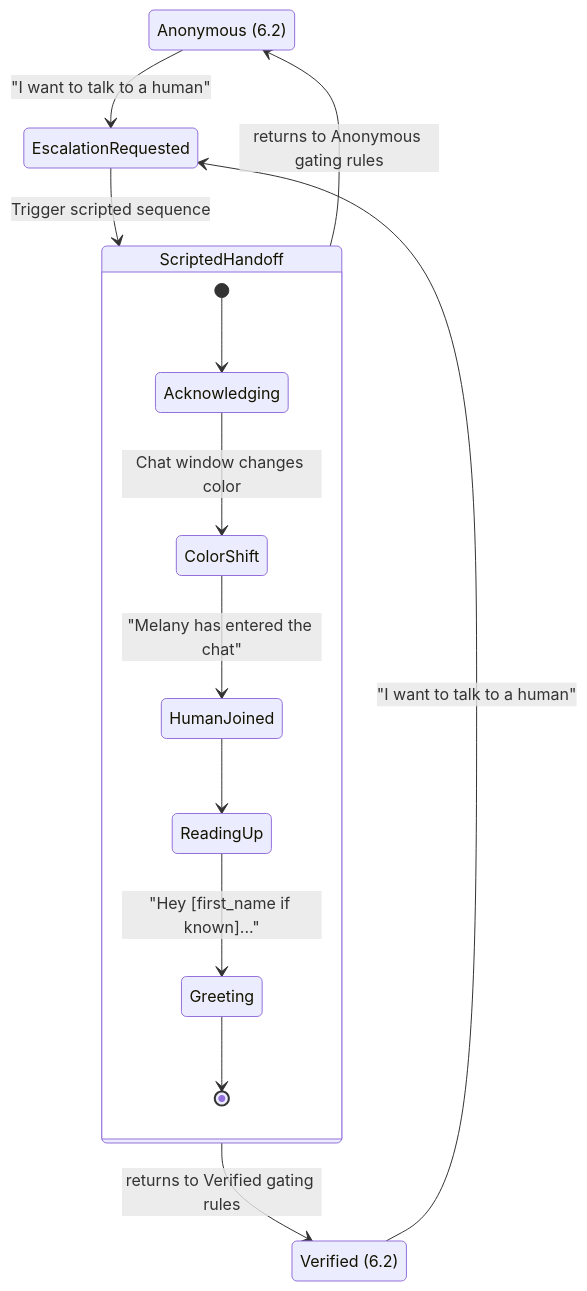
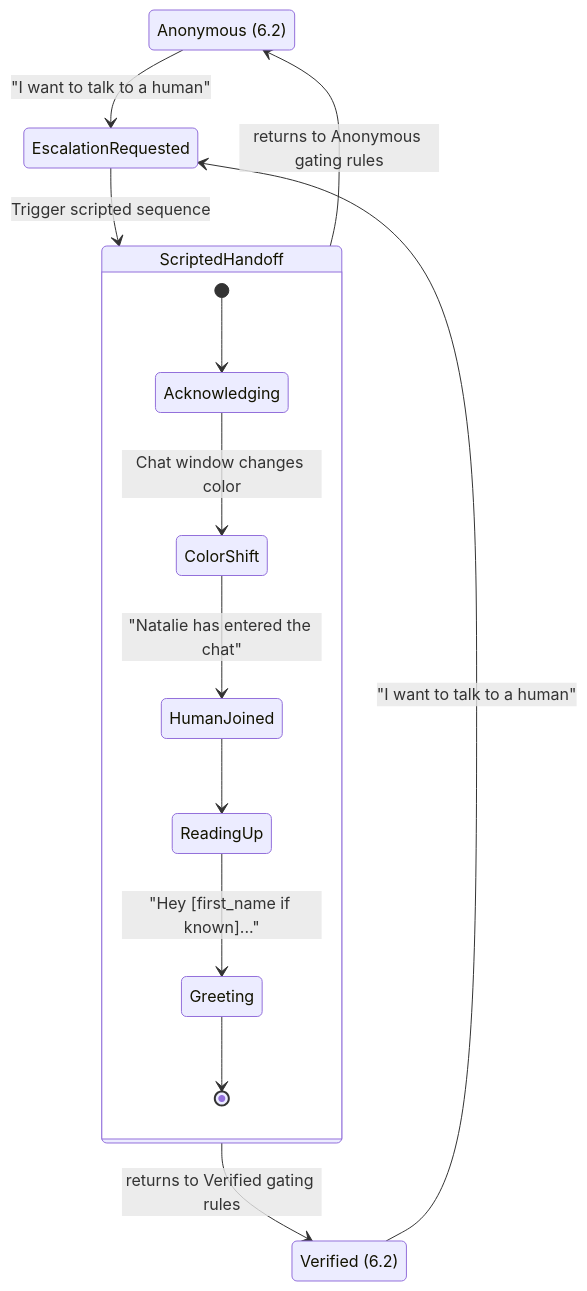
The third of 6 diagrams in docs/diagrams/architecture.md (draganaisak/secureship), drawn with Mermaid before and after one commit. The commit also changed other lines of this file and 35 other files, not shown here.

````diff
--- a/docs/diagrams/architecture.md
+++ b/docs/diagrams/architecture.md
@@ -96,22 +101,22 @@
 ```mermaid
 stateDiagram-v2
     state "Anonymous (6.2)" as Anon
     state "Verified (6.2)" as Ver
 
     Anon --> EscalationRequested: "I want to talk to a human"
     Ver --> EscalationRequested: "I want to talk to a human"
 
     EscalationRequested --> ScriptedHandoff: Trigger scripted sequence
 
     state ScriptedHandoff {
         [*] --> Acknowledging
         Acknowledging --> ColorShift: Chat window changes color
-        ColorShift --> HumanJoined: "Melany has entered the chat"
+        ColorShift --> HumanJoined: "Natalie has entered the chat"
         HumanJoined --> ReadingUp
         ReadingUp --> Greeting: "Hey [first_name if known]..."
         Greeting --> [*]
     }
 
     ScriptedHandoff --> Anon: returns to Anonymous gating rules
     ScriptedHandoff --> Ver: returns to Verified gating rules
 ```
````
